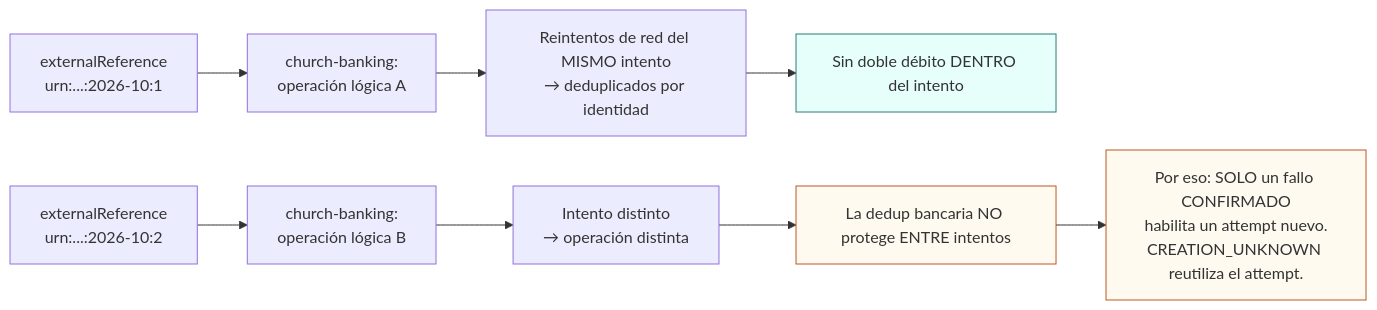
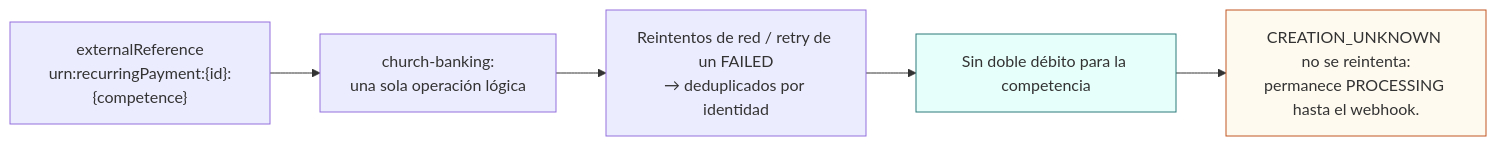
One commit to gloriafinance/gloria_finance_api changed diagram 18 of 18 in docs/recurring-payments-diagrams.md. Above: the diagram before and after it, drawn with Mermaid. The commit also changed other lines of this file and 31 other files, not shown here.

````diff
--- a/docs/recurring-payments-diagrams.md
+++ b/docs/recurring-payments-diagrams.md
@@ -819,21 +840,17 @@
 ```mermaid
 flowchart LR
-    E1["externalReference<br/>urn:...:2026-10:1"]
-    E2["externalReference<br/>urn:...:2026-10:2"]
+    E["externalReference<br/>urn:recurringPayment:{id}:{competence}"]
 
-    E1 --> D1["church-banking:<br/>operación lógica A"]
-    E2 --> D2["church-banking:<br/>operación lógica B"]
+    E --> D["church-banking:<br/>una sola operación lógica"]
 
-    D1 --> N1["Reintentos de red del MISMO intento<br/>→ deduplicados por identidad"]
-    D2 --> N2["Intento distinto<br/>→ operación distinta"]
+    D --> N["Reintentos de red / retry de un FAILED<br/>→ deduplicados por identidad"]
 
-    N1 --> C1["Sin doble débito DENTRO del intento"]
-    N2 --> C2["La dedup bancaria NO protege ENTRE intentos"]
+    N --> C["Sin doble débito para la competencia"]
 
-    C2 --> RULE["Por eso: SOLO un fallo CONFIRMADO<br/>habilita un attempt nuevo.<br/>CREATION_UNKNOWN reutiliza el attempt."]
+    C --> RULE["CREATION_UNKNOWN no se reintenta:<br/>permanece PROCESSING hasta el webhook."]
 
     classDef ok fill:#e6fffa,stroke:#2c7a7b
     classDef warn fill:#fffaf0,stroke:#c05621
-    class C1 ok
-    class C2,RULE warn
+    class C ok
+    class RULE warn
 ```
````
